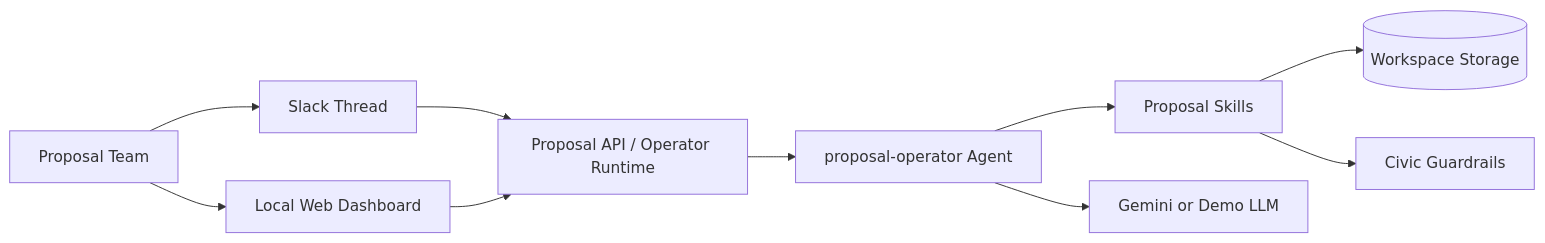
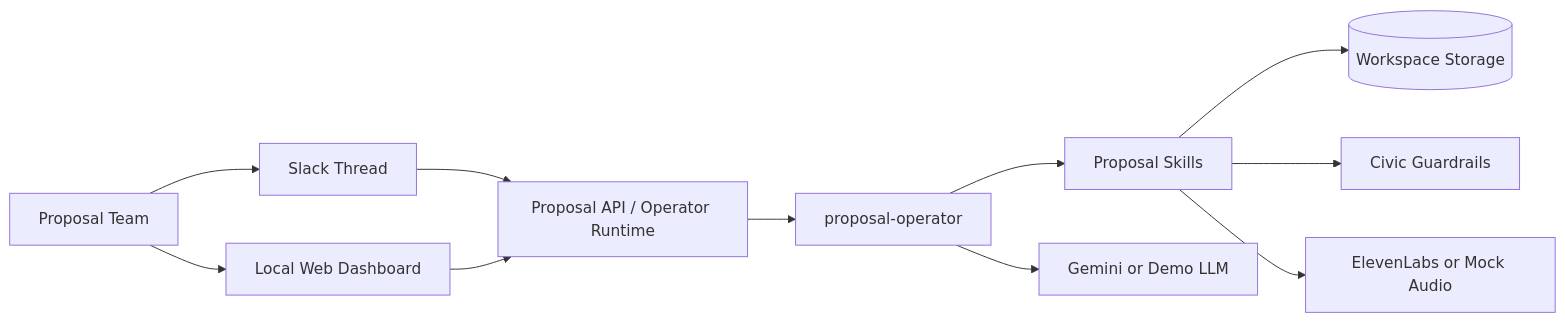
Before and after one commit to MasteraSnackin/Proposal-Helmsman: the diagram in README.md, drawn with Mermaid. The commit also changed other lines of this file and 1 other file, not shown here.

Commit message:
docs: refresh README and architecture guide

````diff
--- a/README.md
+++ b/README.md
@@ -58,12 +61,13 @@
 ```mermaid
 flowchart LR
   User[Proposal Team] --> Slack[Slack Thread]
   User --> WebUI[Local Web Dashboard]
   Slack --> API[Proposal API / Operator Runtime]
   WebUI --> API
-  API --> Agent[proposal-operator Agent]
+  API --> Agent[proposal-operator]
   Agent --> Skills[Proposal Skills]
   Skills --> Storage[(Workspace Storage)]
-  Agent --> Gemini[Gemini or Demo LLM]
-  Skills --> Civic[Civic Guardrails]
+  Agent --> Model[Gemini or Demo LLM]
+  Skills --> Guardrails[Civic Guardrails]
+  Skills --> Audio[ElevenLabs or Mock Audio]
 ```
````
